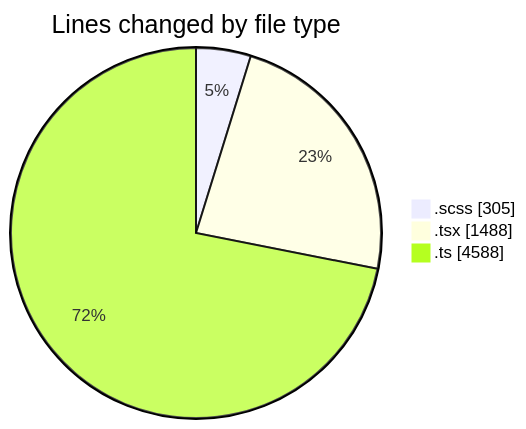
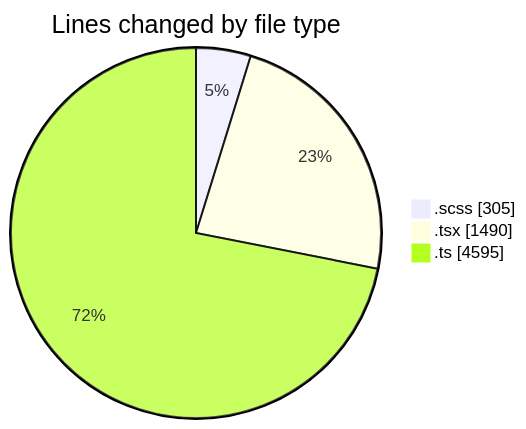
The first of 2 diagrams in 2025-03-04/cda/README.md (momahboobian/code-tracking), drawn with Mermaid before and after one commit. The commit also changed other lines of this file and 1 other file, not shown here.

````diff
--- a/2025-03-04/cda/README.md
+++ b/2025-03-04/cda/README.md
@@ -34,7 +34,7 @@
 ```mermaid
 pie showData
 title Lines changed by file type
 ".scss" : 305
-".tsx" : 1488
-".ts" : 4588
+".tsx" : 1490
+".ts" : 4595
 ```
````
